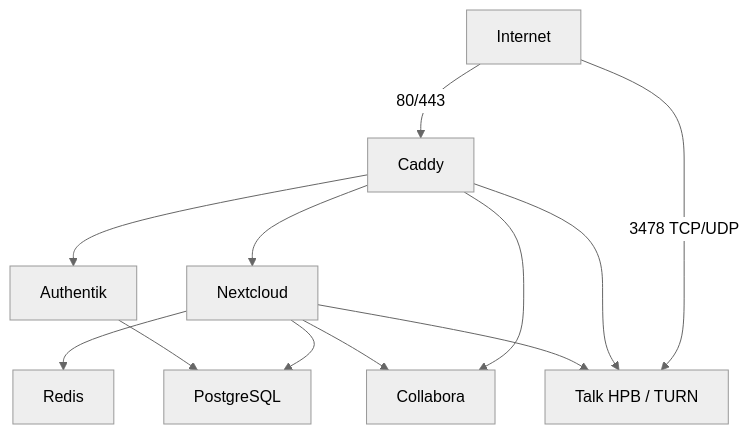
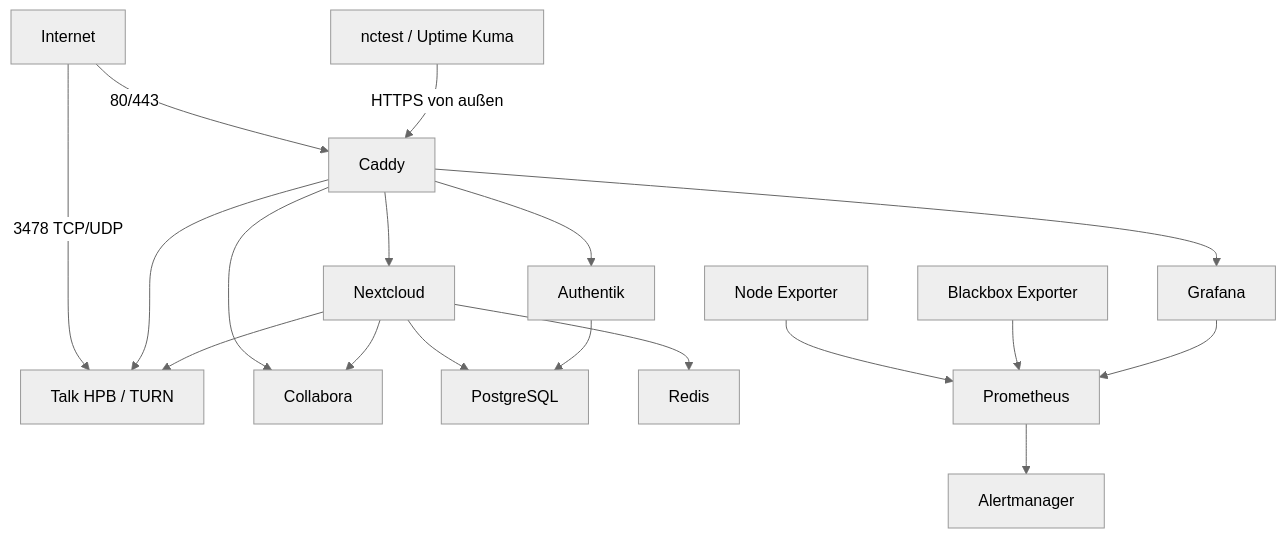
Before and after one commit to zircula-ev/infrastructure: the diagram in docs/03-architecture.md, drawn with Mermaid (neutral theme). The commit also changed other lines of this file and 33 other files, not shown here.

````diff
--- a/docs/03-architecture.md
+++ b/docs/03-architecture.md
@@ -5,16 +5,23 @@
 ```mermaid
 flowchart TD
     Internet -->|80/443| Caddy
     Internet -->|3478 TCP/UDP| TalkHPB[Talk HPB / TURN]
+    nctest[nctest / Uptime Kuma] -->|HTTPS von außen| Caddy
 
     Caddy --> Nextcloud
     Caddy --> Collabora
     Caddy --> Authentik
+    Caddy --> Grafana
     Caddy --> TalkHPB
 
     Nextcloud --> PostgreSQL
     Nextcloud --> Redis
     Nextcloud --> Collabora
     Nextcloud --> TalkHPB
     Authentik --> PostgreSQL
+
+    NodeExporter[Node Exporter] --> Prometheus
+    BlackboxExporter[Blackbox Exporter] --> Prometheus
+    Prometheus --> Alertmanager
+    Grafana --> Prometheus
 ```
````
